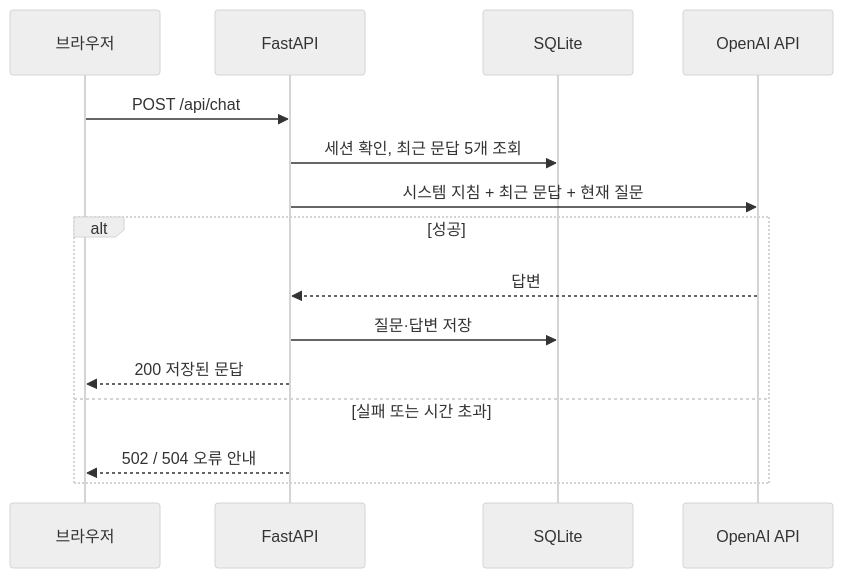
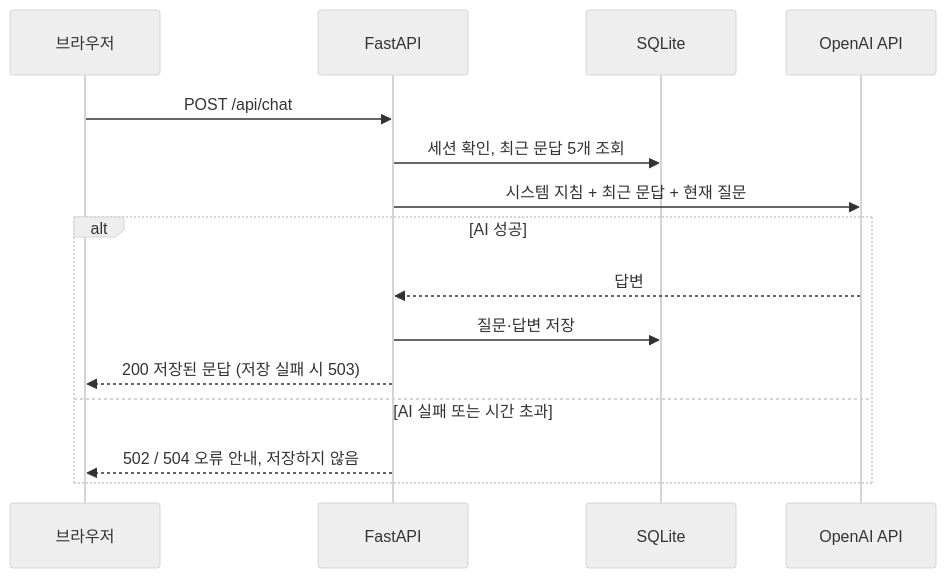
The third of 3 diagrams in docs/design.md (1st0Groom/B7-1), drawn with Mermaid (neutral theme) before and after one commit. The commit also changed other lines of this file and 5 other files, not shown here.

````diff
--- a/docs/design.md
+++ b/docs/design.md
@@ -88,17 +88,17 @@
 ```mermaid
 sequenceDiagram
     participant B as 브라우저
     participant F as FastAPI
     participant D as SQLite
     participant A as OpenAI API
     B->>F: POST /api/chat
     F->>D: 세션 확인, 최근 문답 5개 조회
     F->>A: 시스템 지침 + 최근 문답 + 현재 질문
-    alt 성공
+    alt AI 성공
         A-->>F: 답변
         F->>D: 질문·답변 저장
-        F-->>B: 200 저장된 문답
-    else 실패 또는 시간 초과
-        F-->>B: 502 / 504 오류 안내
+        F-->>B: 200 저장된 문답 (저장 실패 시 503)
+    else AI 실패 또는 시간 초과
+        F-->>B: 502 / 504 오류 안내, 저장하지 않음
     end
 ```
````
